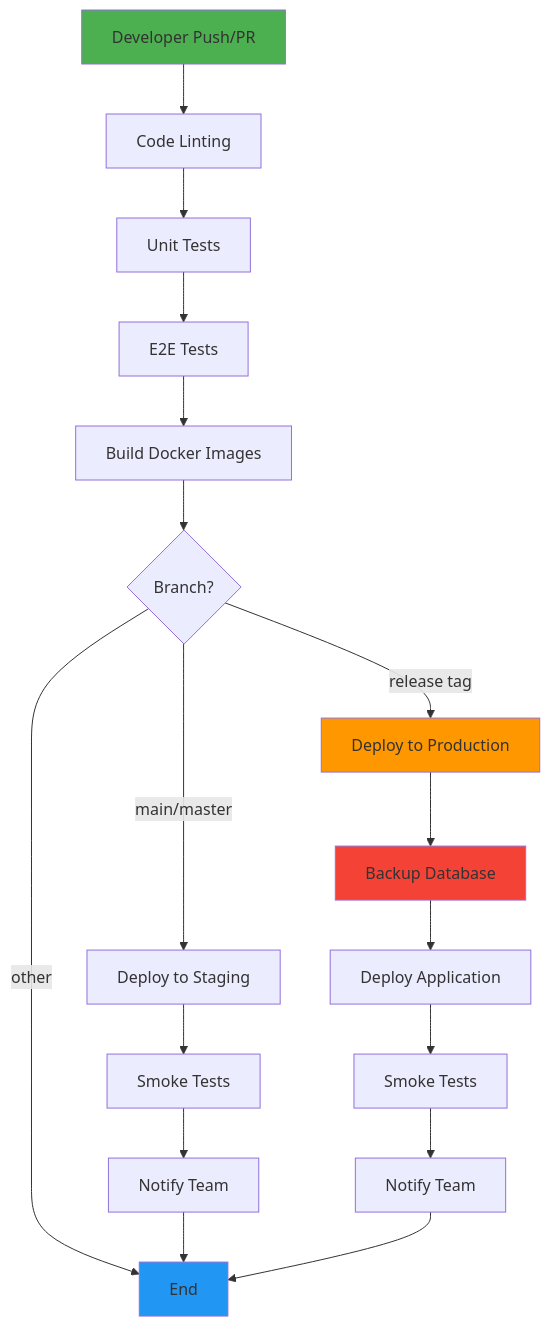
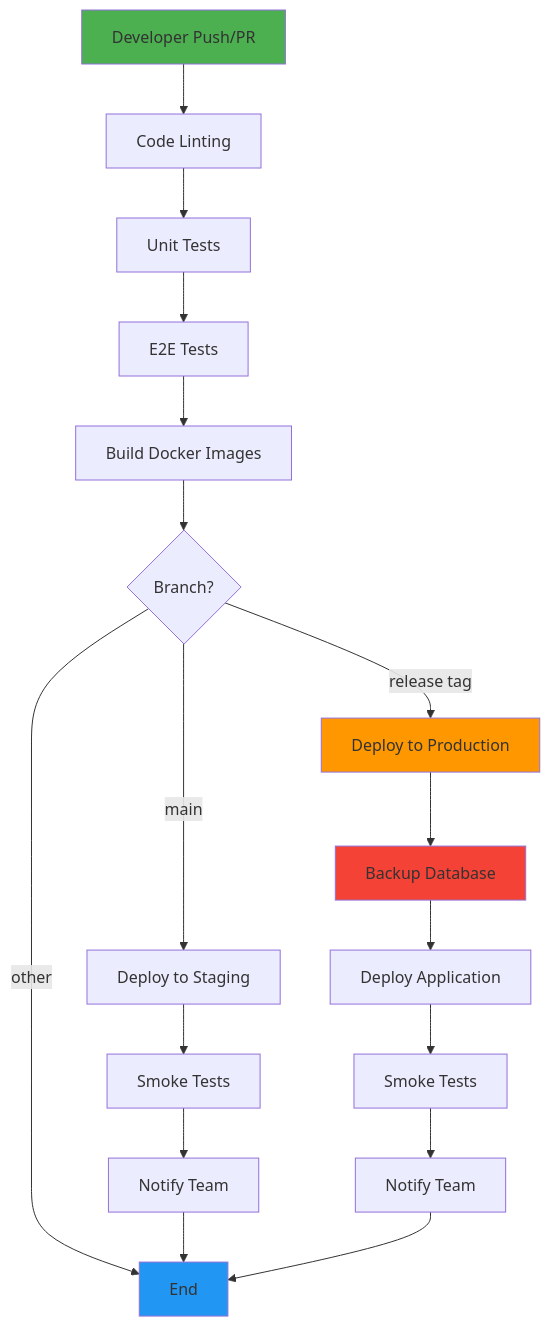
One commit to mwalker-tmd/PMA-full-stack-fastapi-template changed the first of 13 diagrams in docs/diagrams.md. Above: the diagram before and after it, drawn with Mermaid. The commit also changed 4 other files, not shown here.

Commit message:
docs: update branch references from master to main

````diff
--- a/docs/diagrams.md
+++ b/docs/diagrams.md
@@ -18,29 +18,29 @@
 ```mermaid
 graph TB
     Start[Developer Push/PR] --> Lint[Code Linting]
     Lint --> UnitTest[Unit Tests]
     UnitTest --> E2E[E2E Tests]
     E2E --> Build[Build Docker Images]
 
     Build --> Decision{Branch?}
 
-    Decision -->|main/master| Staging[Deploy to Staging]
+    Decision -->|main| Staging[Deploy to Staging]
     Decision -->|release tag| Prod[Deploy to Production]
     Decision -->|other| End[End]
 
     Staging --> StagingTest[Smoke Tests]
     StagingTest --> StagingNotify[Notify Team]
 
     Prod --> ProdBackup[Backup Database]
     ProdBackup --> ProdDeploy[Deploy Application]
     ProdDeploy --> ProdSmoke[Smoke Tests]
     ProdSmoke --> ProdNotify[Notify Team]
 
     StagingNotify --> End
     ProdNotify --> End
 
     style Start fill:#4caf50
     style End fill:#2196f3
     style Prod fill:#ff9800
     style ProdBackup fill:#f44336
 ```
````
